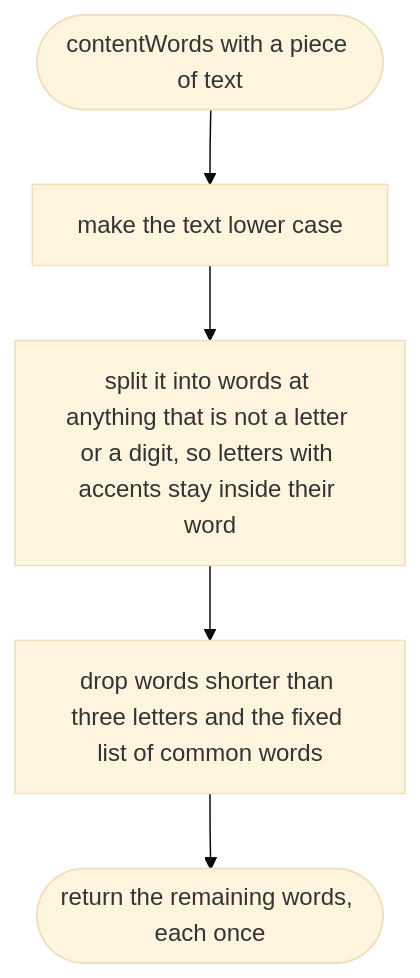
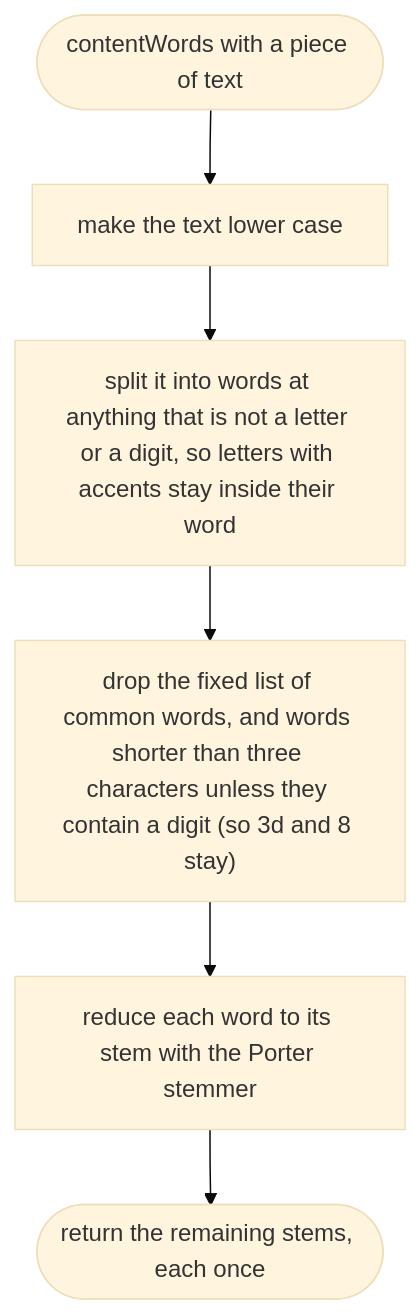
One commit to NewDara-Star/world-engine changed the first of 3 diagrams in docs/designs/tools/decisions/clash.md. Above: the diagram before and after it, drawn with Mermaid (base theme). The commit also changed other lines of this file and 4 other files, not shown here.

````diff
--- a/docs/designs/tools/decisions/clash.md
+++ b/docs/designs/tools/decisions/clash.md
@@ -29,12 +34,14 @@
 ```mermaid
 flowchart TD
   s(["contentWords with a piece of text"])
   a["make the text lower case"]
   b["split it into words at anything that is not a letter or a digit, so letters with accents stay inside their word"]
-  c["drop words shorter than three letters and the fixed list of common words"]
-  d(["return the remaining words, each once"])
+  c["drop the fixed list of common words, and words shorter than three characters unless they contain a digit (so 3d and 8 stay)"]
+  c2["reduce each word to its stem with the Porter stemmer"]
+  d(["return the remaining stems, each once"])
   s --> a
   a --> b
   b --> c
-  c --> d
+  c --> c2
+  c2 --> d
 ```
````
